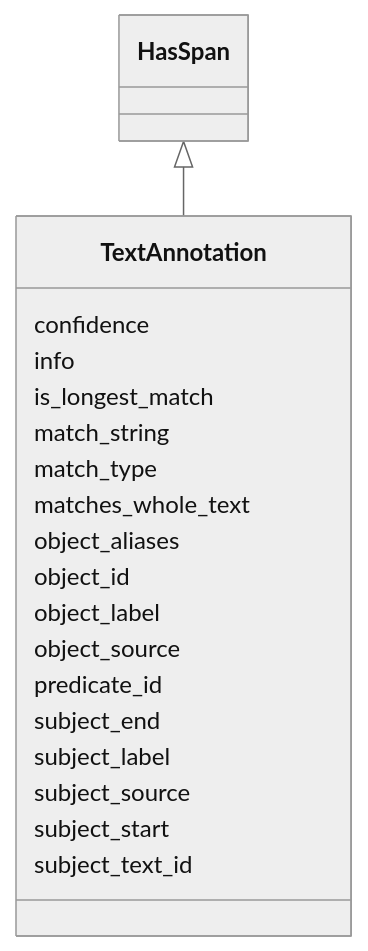
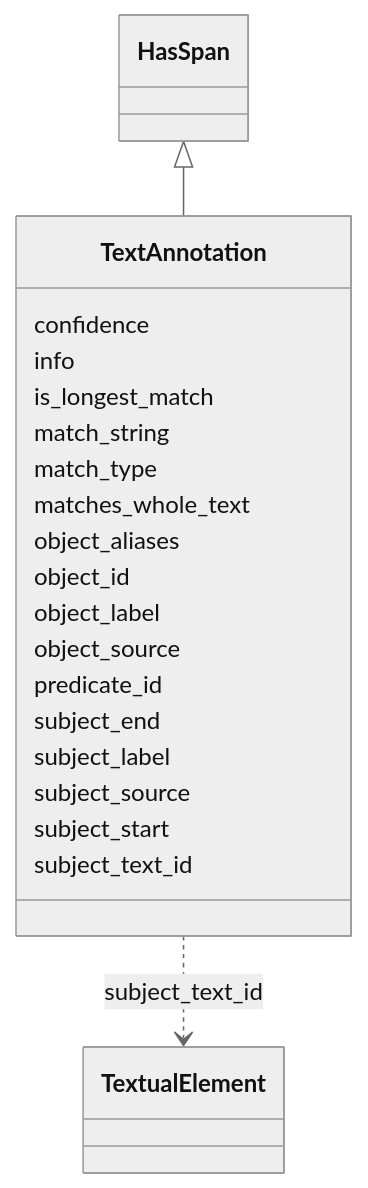
One commit to INCATools/ontology-access-kit changed the diagram in text-annotator/TextAnnotation.md. Above: the diagram before and after it, drawn with Mermaid (neutral theme). The commit also changed other lines of this file and 1783 other files, not shown here.

````diff
--- a/text-annotator/TextAnnotation.md
+++ b/text-annotator/TextAnnotation.md
@@ -11,23 +11,41 @@
 ```{mermaid}
  classDiagram
     class TextAnnotation
       HasSpan <|-- TextAnnotation
       
       TextAnnotation : confidence
+        
       TextAnnotation : info
+        
       TextAnnotation : is_longest_match
+        
       TextAnnotation : match_string
+        
       TextAnnotation : match_type
+        
       TextAnnotation : matches_whole_text
+        
       TextAnnotation : object_aliases
+        
       TextAnnotation : object_id
+        
       TextAnnotation : object_label
+        
       TextAnnotation : object_source
+        
       TextAnnotation : predicate_id
+        
       TextAnnotation : subject_end
+        
       TextAnnotation : subject_label
+        
       TextAnnotation : subject_source
+        
       TextAnnotation : subject_start
+        
       TextAnnotation : subject_text_id
+        
+          TextAnnotation ..> TextualElement : subject_text_id
+        
       
 ```
````
